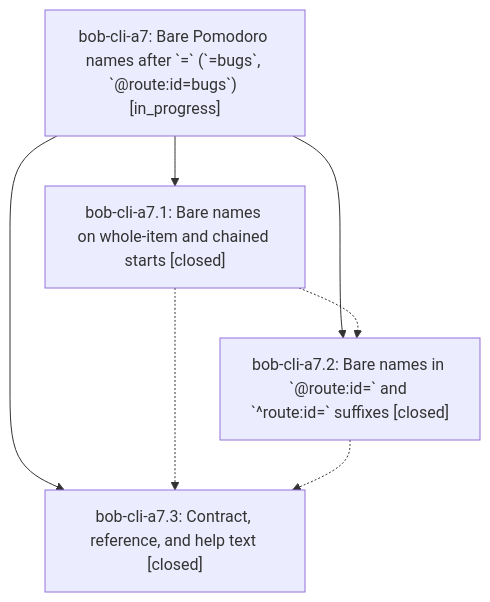
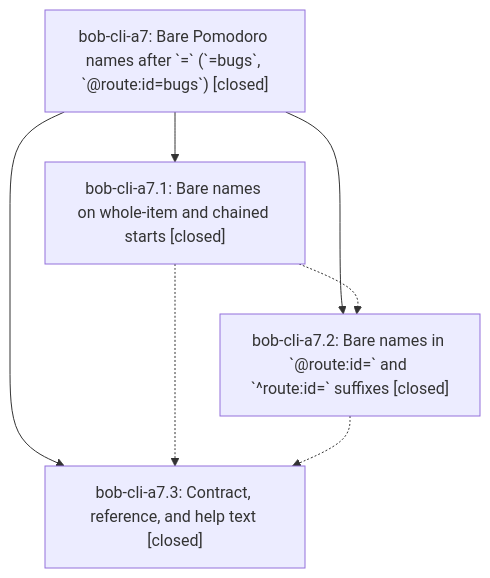
The diagram in pages/bob-cli-a7/README.md (bobs-org/bob-cli--beads), drawn with Mermaid before and after one commit. The commit also changed other lines of this file and 1 other file, not shown here.

First line of the commit message:
chore(beads): sync bead state and pages for bob-cli-a7

````diff
--- a/pages/bob-cli-a7/README.md
+++ b/pages/bob-cli-a7/README.md
@@ -38,13 +48,13 @@
 ```mermaid
 flowchart TD
-    n0["bob-cli-a7: Bare Pomodoro names after `=` (`=bugs`, `@route:id=bugs`) [in_progress]"]
+    n0["bob-cli-a7: Bare Pomodoro names after `=` (`=bugs`, `@route:id=bugs`) [closed]"]
     n1["bob-cli-a7.1: Bare names on whole-item and chained starts [closed]"]
     n2["bob-cli-a7.2: Bare names in `@route:id=` and `^route:id=` suffixes [closed]"]
     n3["bob-cli-a7.3: Contract, reference, and help text [closed]"]
     n0 --> n1
     n0 --> n2
     n0 --> n3
     n1 -.-> n2
     n1 -.-> n3
     n2 -.-> n3
 ```
````
